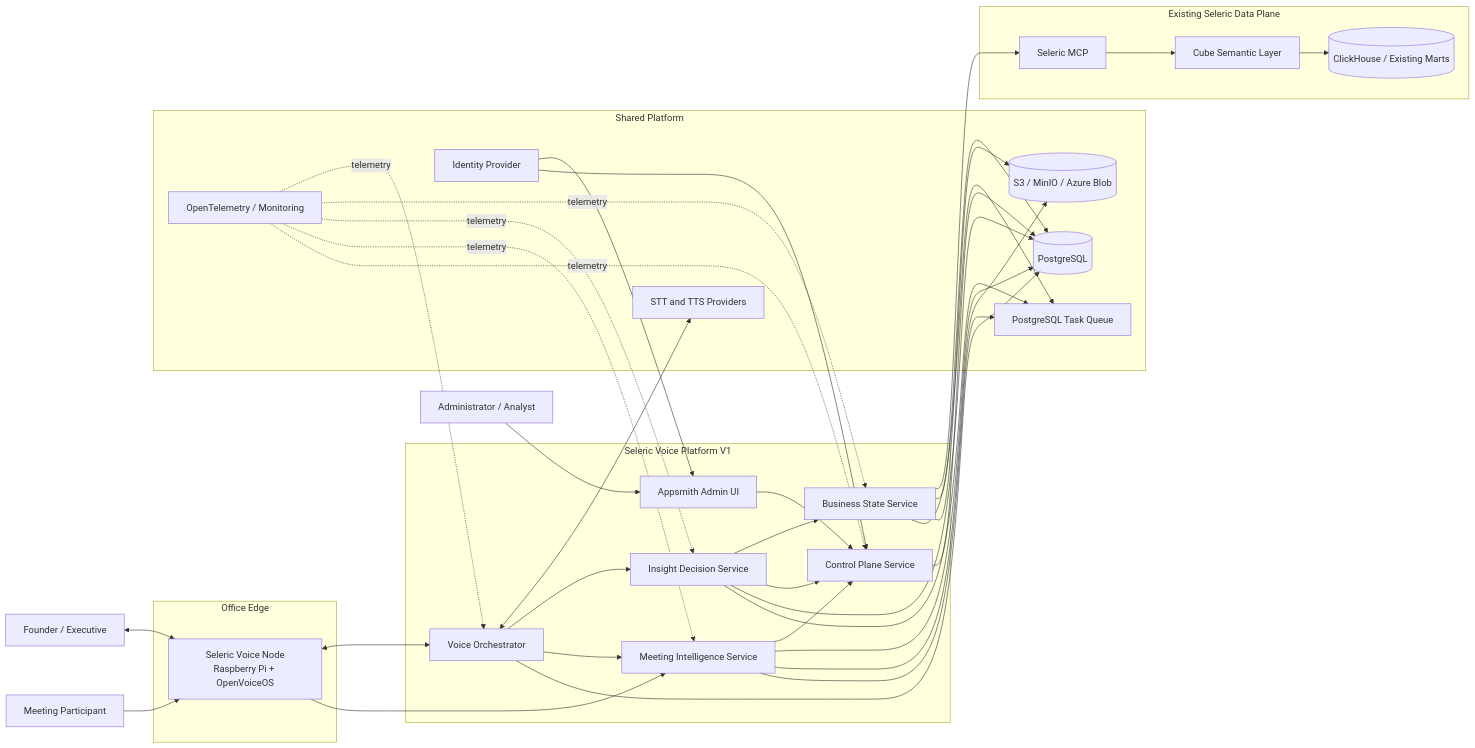
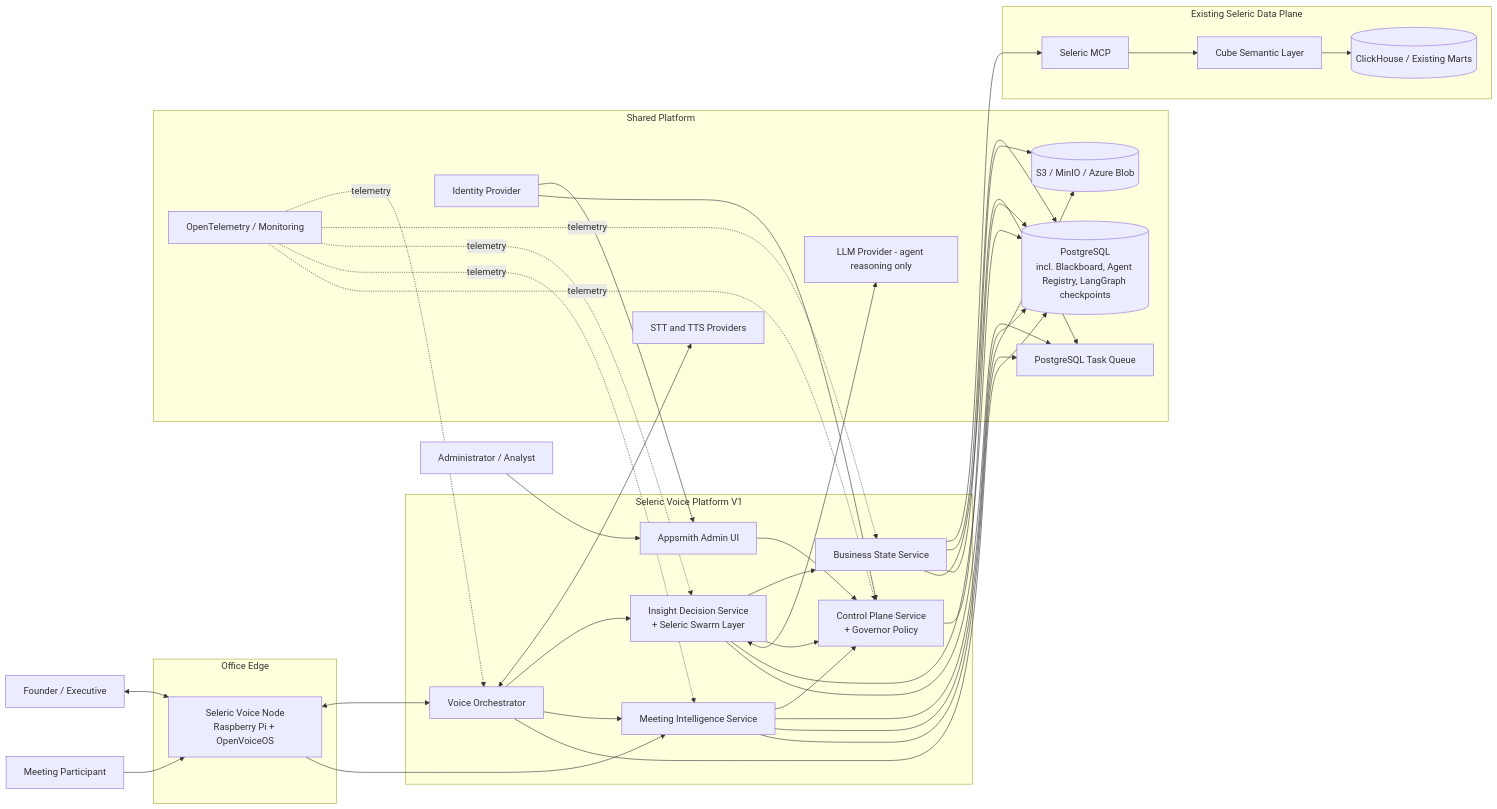
The first of 7 diagrams in 03_HIGH_LEVEL_DESIGN.md (Tervigon-Collective/Seleric_Agent), drawn with Mermaid before and after one commit. The commit also changed other lines of this file and 26 other files, not shown here.

````diff
--- a/03_HIGH_LEVEL_DESIGN.md
+++ b/03_HIGH_LEVEL_DESIGN.md
@@ -18,71 +20,73 @@
 ```mermaid
 flowchart LR
     Founder[Founder / Executive]
     Admin[Administrator / Analyst]
     Employee[Meeting Participant]
 
     subgraph Office[Office Edge]
         Device[Seleric Voice Node<br/>Raspberry Pi + OpenVoiceOS]
     end
 
     subgraph SelericPlatform[Seleric Voice Platform V1]
         Voice[Voice Orchestrator]
         State[Business State Service]
-        Insight[Insight Decision Service]
+        Insight[Insight Decision Service<br/>+ Seleric Swarm Layer]
         Meeting[Meeting Intelligence Service]
-        Control[Control Plane Service]
+        Control[Control Plane Service<br/>+ Governor Policy]
         AdminUI[Appsmith Admin UI]
     end
 
     subgraph Existing[Existing Seleric Data Plane]
         MCP[Seleric MCP]
         Cube[Cube Semantic Layer]
         CH[(ClickHouse / Existing Marts)]
     end
 
     subgraph Shared[Shared Platform]
-        PG[(PostgreSQL)]
+        PG[(PostgreSQL<br/>incl. Blackboard, Agent Registry, LangGraph checkpoints)]
         Obj[(S3 / MinIO / Azure Blob)]
         Queue[PostgreSQL Task Queue]
         IdP[Identity Provider]
         Obs[OpenTelemetry / Monitoring]
         VoiceProviders[STT and TTS Providers]
+        LLM[LLM Provider - agent reasoning only]
     end
 
     Founder <--> Device
     Employee --> Device
     Admin --> AdminUI
     AdminUI --> Control
 
     Device <--> Voice
     Device --> Meeting
     Voice <--> VoiceProviders
 
     Voice --> Insight
     Voice --> Meeting
     State --> MCP
     MCP --> Cube
     Cube --> CH
     Insight --> State
     Insight --> Control
+    Insight <--> LLM
     Meeting --> Control
 
     Voice --> PG
     State --> PG
     Insight --> PG
     Meeting --> PG
     Control --> PG
     Meeting --> Obj
     State --> Obj
     State --> Queue
     Meeting --> Queue
     Insight --> Queue
 
     IdP --> AdminUI
     IdP --> Control
     Obs -. telemetry .-> Voice
     Obs -. telemetry .-> State
     Obs -. telemetry .-> Insight
     Obs -. telemetry .-> Meeting
     Obs -. telemetry .-> Control
 ```
````
